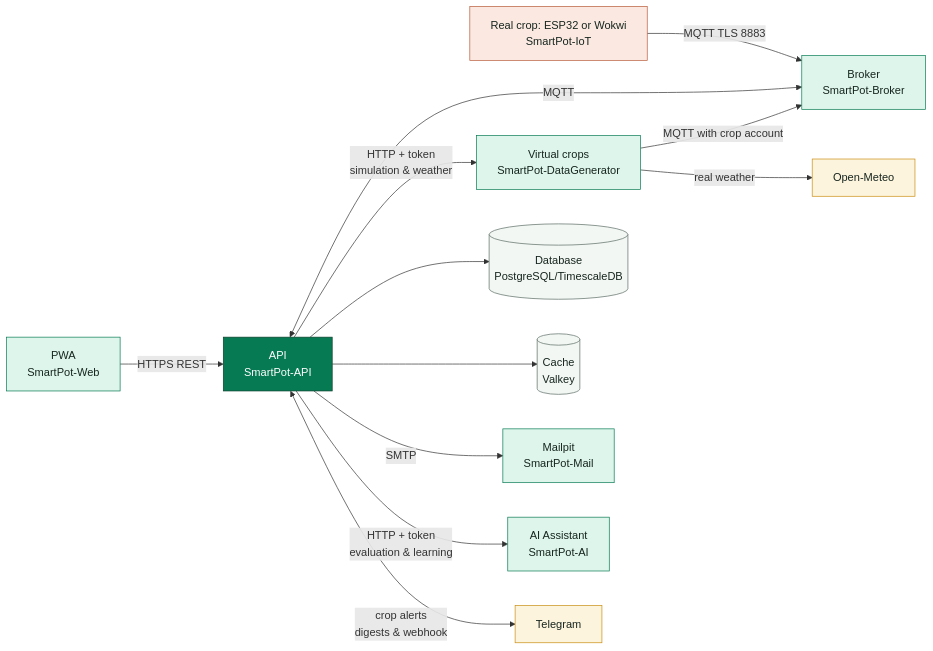
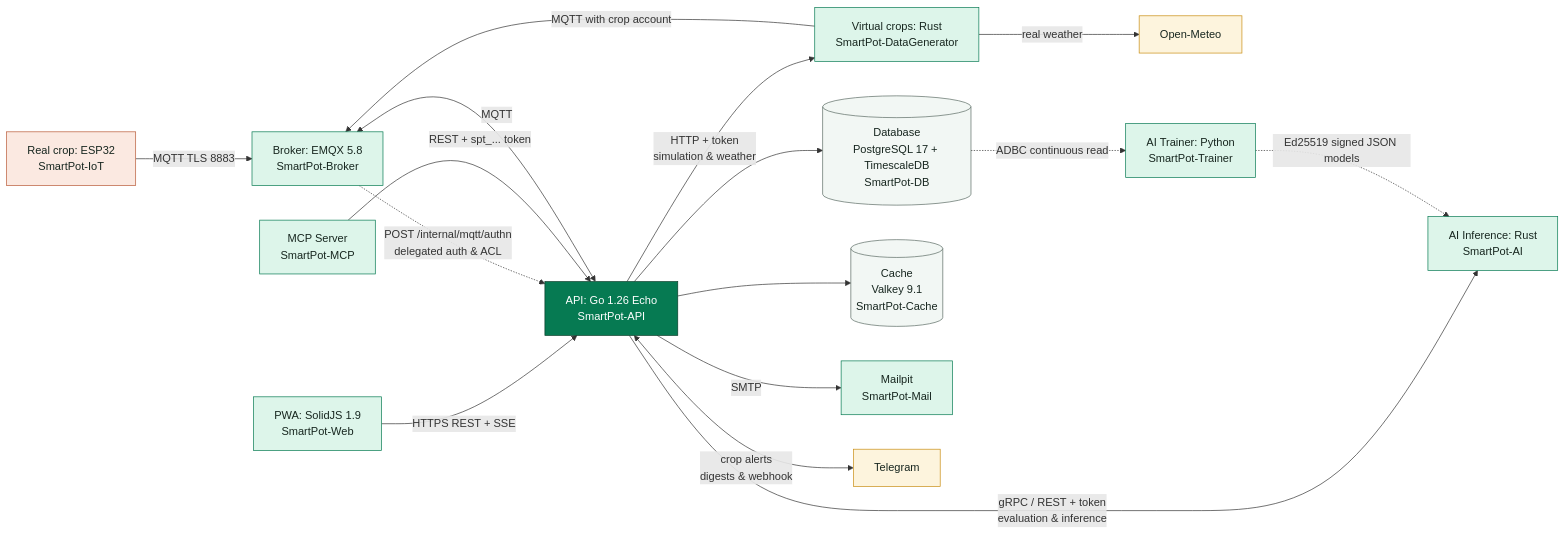
Before and after one commit to SmartPotTech/.github: the first of 2 diagrams in README.md, drawn with Mermaid. The commit also changed other lines of this file and 21 other files, not shown here.

Commit message:
Update platform documentation and architecture diagrams for production Stack B [skip deploy] #no-deploy

````diff
--- a/README.md
+++ b/README.md
@@ -40,24 +42,29 @@
 ```mermaid
 flowchart LR
-  M[Real crop: ESP32 or Wokwi<br>SmartPot-IoT] -->|MQTT TLS 8883| B[Broker<br>SmartPot-Broker]
-  S[Virtual crops<br>SmartPot-DataGenerator] -->|MQTT with crop account| B
+  M[Real crop: ESP32<br>SmartPot-IoT] -->|MQTT TLS 8883| B[Broker: EMQX 5.8<br>SmartPot-Broker]
+  S[Virtual crops: Rust<br>SmartPot-DataGenerator] -->|MQTT with crop account| B
   S -->|real weather| O[Open-Meteo]
-  U[PWA<br>SmartPot-Web] -->|HTTPS REST| A[API<br>SmartPot-API]
+  U[PWA: SolidJS 1.9<br>SmartPot-Web] -->|HTTPS REST + SSE| A[API: Go 1.26 Echo<br>SmartPot-API]
   A <-->|MQTT| B
+  B -.->|POST /internal/mqtt/authn<br>delegated auth & ACL| A
   A -->|HTTP + token<br>simulation & weather| S
-  A --> D[(Database<br>PostgreSQL/TimescaleDB)]
-  A --> C[(Cache<br>Valkey)]
+  A --> D[(Database<br>PostgreSQL 17 + TimescaleDB<br>SmartPot-DB)]
+  A --> C[(Cache<br>Valkey 9.1<br>SmartPot-Cache)]
   A -->|SMTP| E[Mailpit<br>SmartPot-Mail]
-  A -->|HTTP + token<br>evaluation & learning| I[AI Assistant<br>SmartPot-AI]
+  A -->|gRPC / REST + token<br>evaluation & inference| I[AI Inference: Rust<br>SmartPot-AI]
+  D -.->|ADBC continuous read| R[AI Trainer: Python<br>SmartPot-Trainer]
+  R -.->|Ed25519 signed JSON models| I
+  P[MCP Server<br>SmartPot-MCP] -->|REST + spt_... token| A
   A <-->|crop alerts<br>digests & webhook| T[Telegram]
+
   classDef platform fill:#DDF5EA,stroke:#067A52,color:#17261F
   classDef device fill:#FBE9E1,stroke:#B85A38,color:#17261F
   classDef store fill:#F2F7F4,stroke:#5B6B63,color:#17261F
   classDef external fill:#FDF4DD,stroke:#C98D12,color:#17261F
   classDef core fill:#067A52,stroke:#0B3D2B,color:#FFFFFF
   class A core
-  class B,U,I,E,S platform
+  class B,U,I,R,P,E,S platform
   class M device
   class D,C store
   class O,T external
 ```
````
